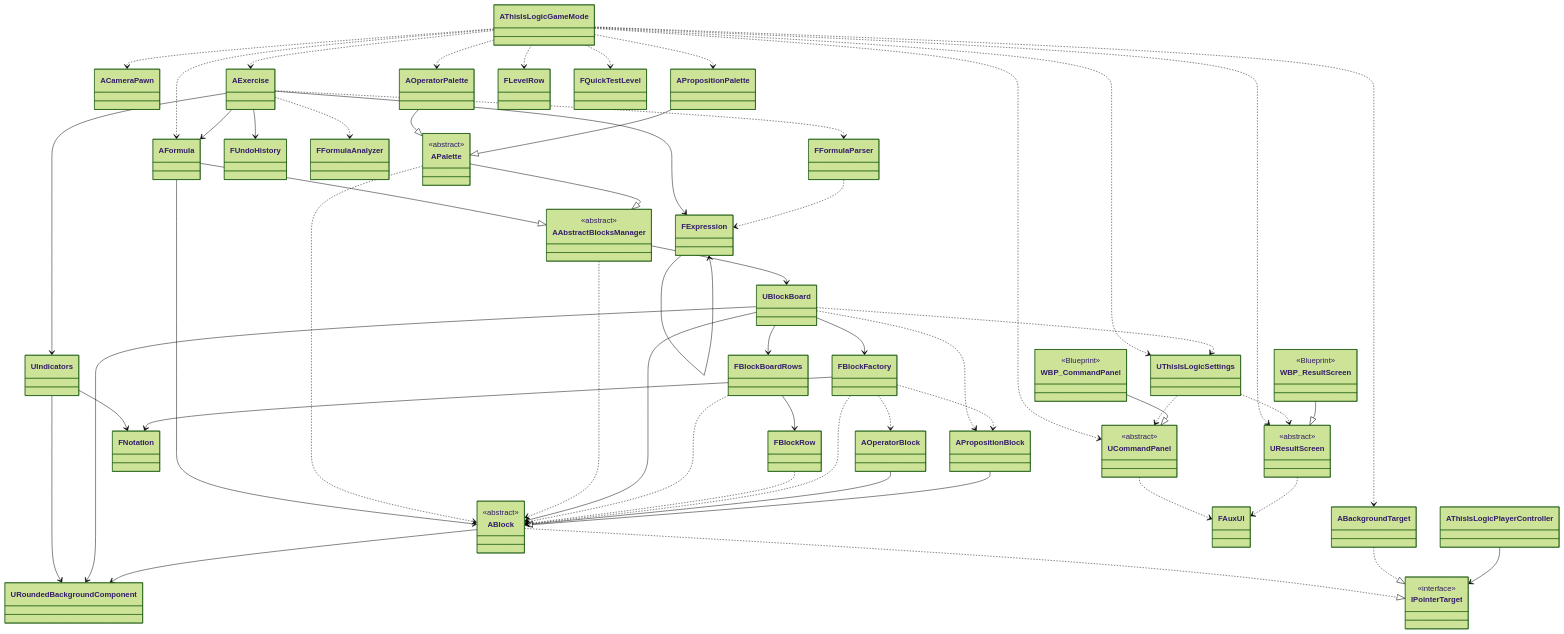
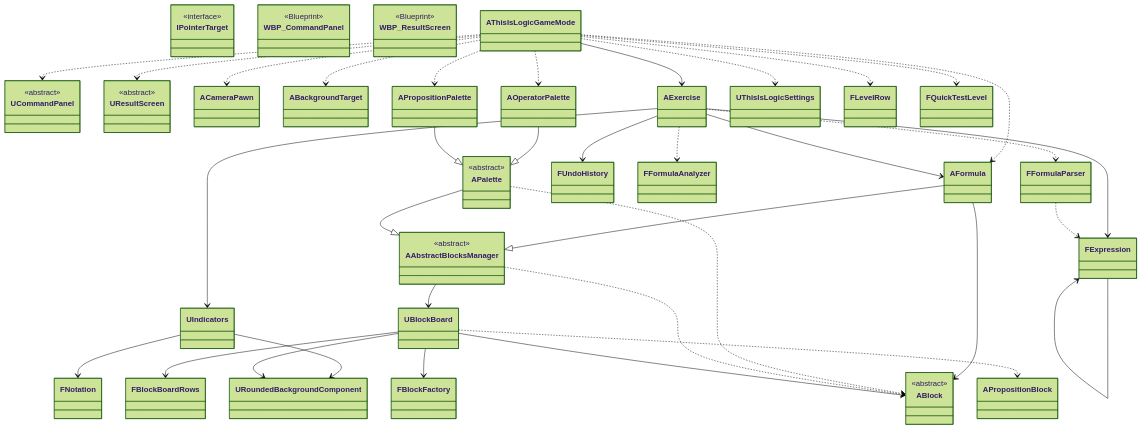
Before and after one commit to expn-pi/ThisIsLogic: the diagram in README.md, drawn with Mermaid (forest theme). The commit also changed other lines of this file and 10 other files, not shown here.

````diff
--- a/README.md
+++ b/README.md
@@ -117,7 +117,7 @@
     AThisIsLogicGameMode ..> ACameraPawn
     AThisIsLogicGameMode ..> AFormula
     AThisIsLogicGameMode ..> ABackgroundTarget
-    AThisIsLogicGameMode ..> AExercise
+    AThisIsLogicGameMode --> AExercise
     AThisIsLogicGameMode ..> UCommandPanel
     AThisIsLogicGameMode ..> UResultScreen
     AThisIsLogicGameMode ..> AOperatorPalette
@@ -155,28 +155,5 @@
     UBlockBoard --> ABlock
     UBlockBoard ..> APropositionBlock
     UBlockBoard --> URoundedBackgroundComponent
-    UBlockBoard ..> UThisIsLogicSettings
-    FBlockBoardRows --> FBlockRow
-    FBlockBoardRows ..> ABlock
-    FBlockRow ..> ABlock
-
-    FBlockFactory --> FNotation
-    FBlockFactory ..> ABlock
-    FBlockFactory ..> AOperatorBlock
-    FBlockFactory ..> APropositionBlock
-
-    AOperatorBlock --|> ABlock
-    APropositionBlock --|> ABlock
-    ABlock ..|> IPointerTarget
-    ABlock --> URoundedBackgroundComponent
-
-    ABackgroundTarget ..|> IPointerTarget
-    AThisIsLogicPlayerController --> IPointerTarget
-
-    UThisIsLogicSettings ..> UCommandPanel
-    UThisIsLogicSettings ..> UResultScreen
-    UCommandPanel ..> FAuxUI
-    UResultScreen ..> FAuxUI
-    WBP_CommandPanel --|> UCommandPanel
-    WBP_ResultScreen --|> UResultScreen
+    UBlockBoard
 ```
````
